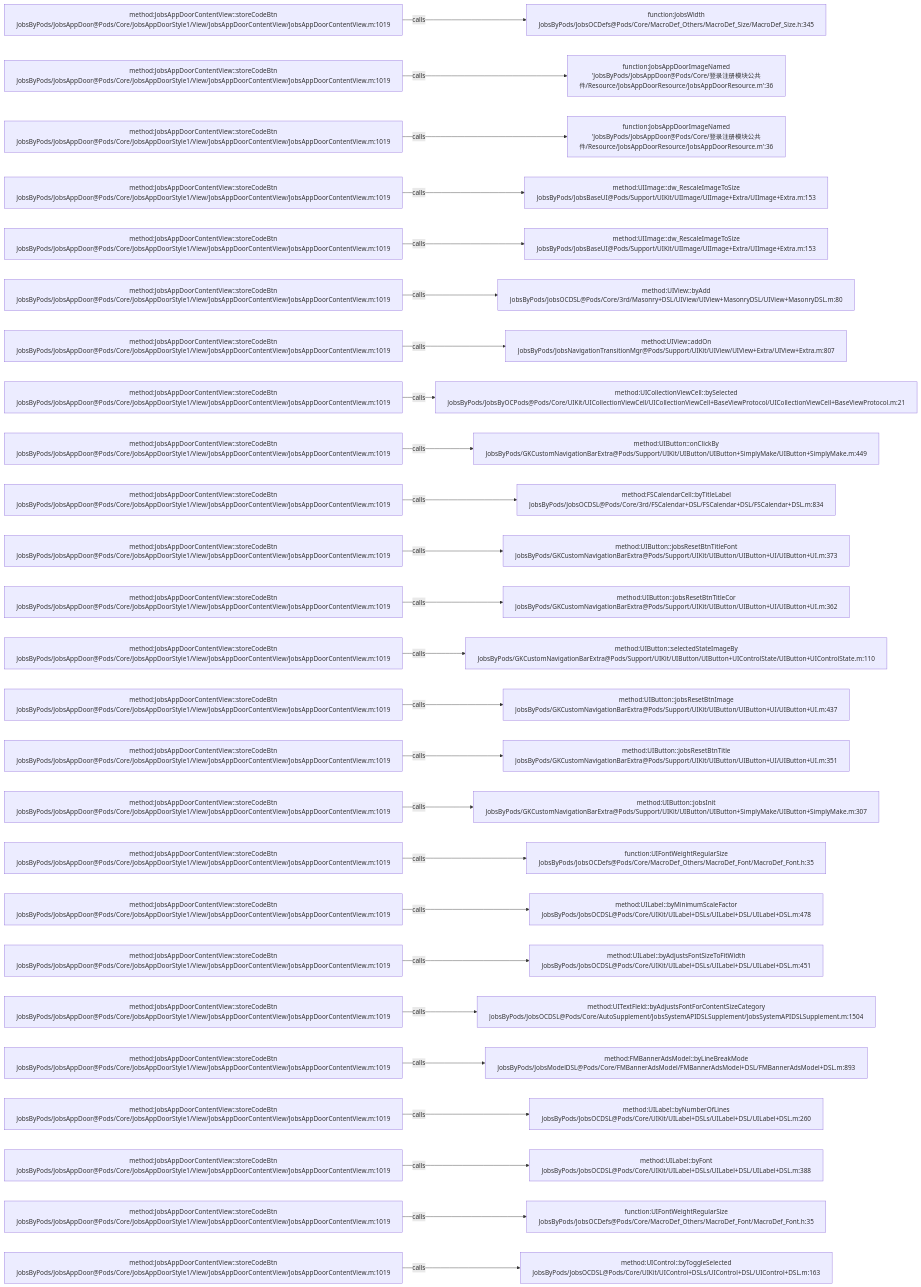
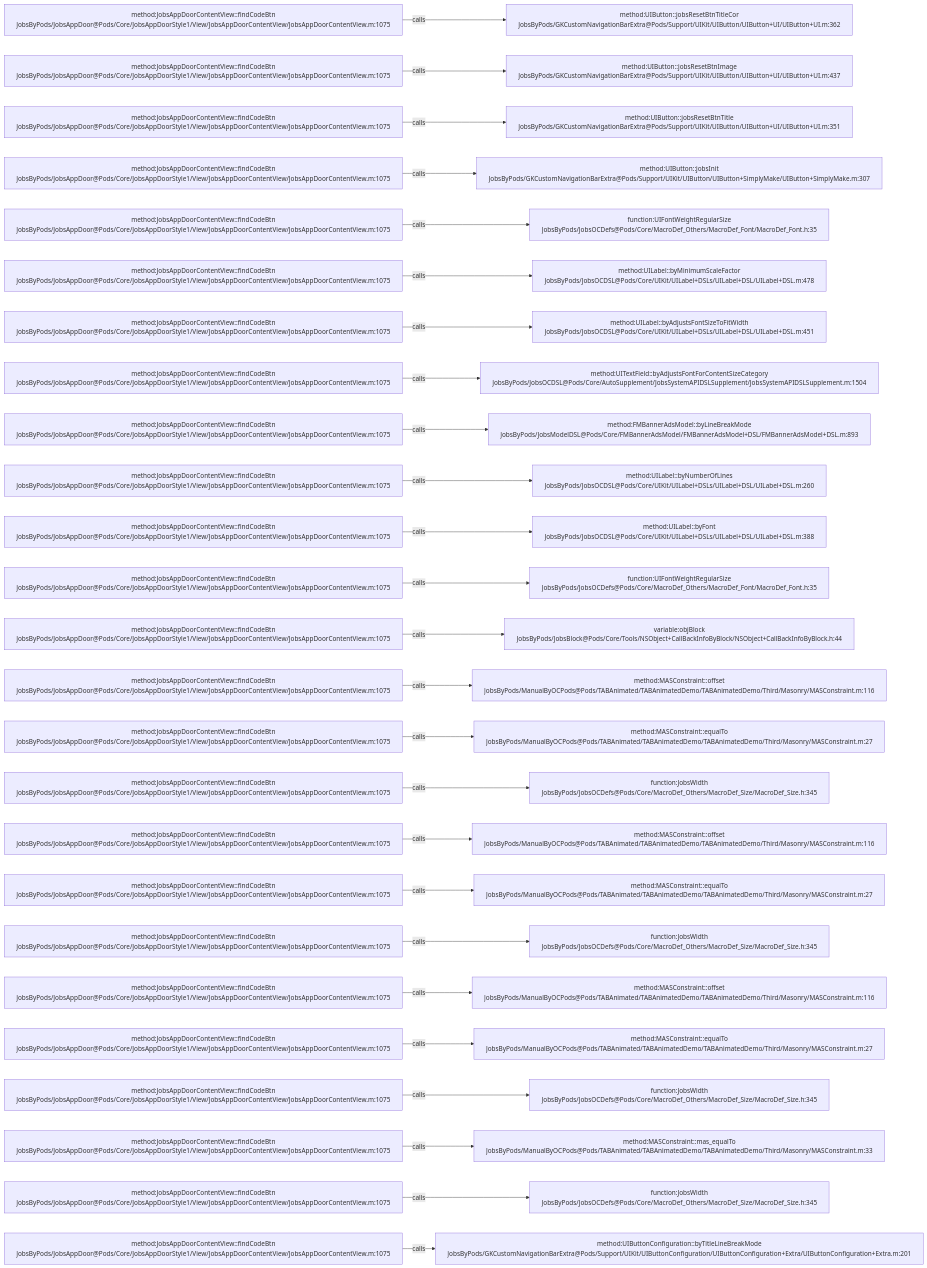
One commit to JobsKits/JobsOCBaseConfigDemo changed the diagram in .codegraph/codegraph.md/graphs/calls-101.md. Above: the diagram before and after it, drawn with Mermaid. The commit also changed 223 other files, not shown here.

````diff
--- a/.codegraph/codegraph.md/graphs/calls-101.md
+++ b/.codegraph/codegraph.md/graphs/calls-101.md
@@ -13,78 +13,78 @@
 ```mermaid
 flowchart LR
-  S1["method:JobsAppDoorContentView::storeCodeBtn<br/>JobsByPods/JobsAppDoor@Pods/Core/JobsAppDoorStyle1/View/JobsAppDoorContentView/JobsAppDoorContentView.m:1019"]
-  T1["function:JobsWidth<br/>JobsByPods/JobsOCDefs@Pods/Core/MacroDef_Others/MacroDef_Size/MacroDef_Size.h:345"]
+  S1["method:JobsAppDoorContentView::findCodeBtn<br/>JobsByPods/JobsAppDoor@Pods/Core/JobsAppDoorStyle1/View/JobsAppDoorContentView/JobsAppDoorContentView.m:1075"]
+  T1["method:UIButton::jobsResetBtnTitleCor<br/>JobsByPods/GKCustomNavigationBarExtra@Pods/Support/UIKit/UIButton/UIButton+UI/UIButton+UI.m:362"]
   S1 -->|calls| T1
-  S2["method:JobsAppDoorContentView::storeCodeBtn<br/>JobsByPods/JobsAppDoor@Pods/Core/JobsAppDoorStyle1/View/JobsAppDoorContentView/JobsAppDoorContentView.m:1019"]
-  T2["function:JobsAppDoorImageNamed<br/>'JobsByPods/JobsAppDoor@Pods/Core/登录注册模块公共件/Resource/JobsAppDoorResource/JobsAppDoorResource.m':36"]
+  S2["method:JobsAppDoorContentView::findCodeBtn<br/>JobsByPods/JobsAppDoor@Pods/Core/JobsAppDoorStyle1/View/JobsAppDoorContentView/JobsAppDoorContentView.m:1075"]
+  T2["method:UIButton::jobsResetBtnImage<br/>JobsByPods/GKCustomNavigationBarExtra@Pods/Support/UIKit/UIButton/UIButton+UI/UIButton+UI.m:437"]
   S2 -->|calls| T2
-  S3["method:JobsAppDoorContentView::storeCodeBtn<br/>JobsByPods/JobsAppDoor@Pods/Core/JobsAppDoorStyle1/View/JobsAppDoorContentView/JobsAppDoorContentView.m:1019"]
-  T3["function:JobsAppDoorImageNamed<br/>'JobsByPods/JobsAppDoor@Pods/Core/登录注册模块公共件/Resource/JobsAppDoorResource/JobsAppDoorResource.m':36"]
+  S3["method:JobsAppDoorContentView::findCodeBtn<br/>JobsByPods/JobsAppDoor@Pods/Core/JobsAppDoorStyle1/View/JobsAppDoorContentView/JobsAppDoorContentView.m:1075"]
+  T3["method:UIButton::jobsResetBtnTitle<br/>JobsByPods/GKCustomNavigationBarExtra@Pods/Support/UIKit/UIButton/UIButton+UI/UIButton+UI.m:351"]
   S3 -->|calls| T3
-  S4["method:JobsAppDoorContentView::storeCodeBtn<br/>JobsByPods/JobsAppDoor@Pods/Core/JobsAppDoorStyle1/View/JobsAppDoorContentView/JobsAppDoorContentView.m:1019"]
-  T4["method:UIImage::dw_RescaleImageToSize<br/>JobsByPods/JobsBaseUI@Pods/Support/UIKit/UIImage/UIImage+Extra/UIImage+Extra.m:153"]
+  S4["method:JobsAppDoorContentView::findCodeBtn<br/>JobsByPods/JobsAppDoor@Pods/Core/JobsAppDoorStyle1/View/JobsAppDoorContentView/JobsAppDoorContentView.m:1075"]
+  T4["method:UIButton::jobsInit<br/>JobsByPods/GKCustomNavigationBarExtra@Pods/Support/UIKit/UIButton/UIButton+SimplyMake/UIButton+SimplyMake.m:307"]
   S4 -->|calls| T4
-  S5["method:JobsAppDoorContentView::storeCodeBtn<br/>JobsByPods/JobsAppDoor@Pods/Core/JobsAppDoorStyle1/View/JobsAppDoorContentView/JobsAppDoorContentView.m:1019"]
-  T5["method:UIImage::dw_RescaleImageToSize<br/>JobsByPods/JobsBaseUI@Pods/Support/UIKit/UIImage/UIImage+Extra/UIImage+Extra.m:153"]
+  S5["method:JobsAppDoorContentView::findCodeBtn<br/>JobsByPods/JobsAppDoor@Pods/Core/JobsAppDoorStyle1/View/JobsAppDoorContentView/JobsAppDoorContentView.m:1075"]
+  T5["function:UIFontWeightRegularSize<br/>JobsByPods/JobsOCDefs@Pods/Core/MacroDef_Others/MacroDef_Font/MacroDef_Font.h:35"]
   S5 -->|calls| T5
-  S6["method:JobsAppDoorContentView::storeCodeBtn<br/>JobsByPods/JobsAppDoor@Pods/Core/JobsAppDoorStyle1/View/JobsAppDoorContentView/JobsAppDoorContentView.m:1019"]
-  T6["method:UIView::byAdd<br/>JobsByPods/JobsOCDSL@Pods/Core/3rd/Masonry+DSL/UIView/UIView+MasonryDSL/UIView+MasonryDSL.m:80"]
+  S6["method:JobsAppDoorContentView::findCodeBtn<br/>JobsByPods/JobsAppDoor@Pods/Core/JobsAppDoorStyle1/View/JobsAppDoorContentView/JobsAppDoorContentView.m:1075"]
+  T6["method:UILabel::byMinimumScaleFactor<br/>JobsByPods/JobsOCDSL@Pods/Core/UIKit/UILabel+DSLs/UILabel+DSL/UILabel+DSL.m:478"]
   S6 -->|calls| T6
-  S7["method:JobsAppDoorContentView::storeCodeBtn<br/>JobsByPods/JobsAppDoor@Pods/Core/JobsAppDoorStyle1/View/JobsAppDoorContentView/JobsAppDoorContentView.m:1019"]
-  T7["method:UIView::addOn<br/>JobsByPods/JobsNavigationTransitionMgr@Pods/Support/UIKit/UIView/UIView+Extra/UIView+Extra.m:807"]
+  S7["method:JobsAppDoorContentView::findCodeBtn<br/>JobsByPods/JobsAppDoor@Pods/Core/JobsAppDoorStyle1/View/JobsAppDoorContentView/JobsAppDoorContentView.m:1075"]
+  T7["method:UILabel::byAdjustsFontSizeToFitWidth<br/>JobsByPods/JobsOCDSL@Pods/Core/UIKit/UILabel+DSLs/UILabel+DSL/UILabel+DSL.m:451"]
   S7 -->|calls| T7
-  S8["method:JobsAppDoorContentView::storeCodeBtn<br/>JobsByPods/JobsAppDoor@Pods/Core/JobsAppDoorStyle1/View/JobsAppDoorContentView/JobsAppDoorContentView.m:1019"]
-  T8["method:UICollectionViewCell::bySelected<br/>JobsByPods/JobsByOCPods@Pods/Core/UIKit/UICollectionViewCell/UICollectionViewCell+BaseViewProtocol/UICollectionViewCell+BaseViewProtocol.m:21"]
+  S8["method:JobsAppDoorContentView::findCodeBtn<br/>JobsByPods/JobsAppDoor@Pods/Core/JobsAppDoorStyle1/View/JobsAppDoorContentView/JobsAppDoorContentView.m:1075"]
+  T8["method:UITextField::byAdjustsFontForContentSizeCategory<br/>JobsByPods/JobsOCDSL@Pods/Core/AutoSupplement/JobsSystemAPIDSLSupplement/JobsSystemAPIDSLSupplement.m:1504"]
   S8 -->|calls| T8
-  S9["method:JobsAppDoorContentView::storeCodeBtn<br/>JobsByPods/JobsAppDoor@Pods/Core/JobsAppDoorStyle1/View/JobsAppDoorContentView/JobsAppDoorContentView.m:1019"]
-  T9["method:UIButton::onClickBy<br/>JobsByPods/GKCustomNavigationBarExtra@Pods/Support/UIKit/UIButton/UIButton+SimplyMake/UIButton+SimplyMake.m:449"]
+  S9["method:JobsAppDoorContentView::findCodeBtn<br/>JobsByPods/JobsAppDoor@Pods/Core/JobsAppDoorStyle1/View/JobsAppDoorContentView/JobsAppDoorContentView.m:1075"]
+  T9["method:FMBannerAdsModel::byLineBreakMode<br/>JobsByPods/JobsModelDSL@Pods/Core/FMBannerAdsModel/FMBannerAdsModel+DSL/FMBannerAdsModel+DSL.m:893"]
   S9 -->|calls| T9
-  S10["method:JobsAppDoorContentView::storeCodeBtn<br/>JobsByPods/JobsAppDoor@Pods/Core/JobsAppDoorStyle1/View/JobsAppDoorContentView/JobsAppDoorContentView.m:1019"]
-  T10["method:FSCalendarCell::byTitleLabel<br/>JobsByPods/JobsOCDSL@Pods/Core/3rd/FSCalendar+DSL/FSCalendar+DSL/FSCalendar+DSL.m:834"]
+  S10["method:JobsAppDoorContentView::findCodeBtn<br/>JobsByPods/JobsAppDoor@Pods/Core/JobsAppDoorStyle1/View/JobsAppDoorContentView/JobsAppDoorContentView.m:1075"]
+  T10["method:UILabel::byNumberOfLines<br/>JobsByPods/JobsOCDSL@Pods/Core/UIKit/UILabel+DSLs/UILabel+DSL/UILabel+DSL.m:260"]
   S10 -->|calls| T10
-  S11["method:JobsAppDoorContentView::storeCodeBtn<br/>JobsByPods/JobsAppDoor@Pods/Core/JobsAppDoorStyle1/View/JobsAppDoorContentView/JobsAppDoorContentView.m:1019"]
-  T11["method:UIButton::jobsResetBtnTitleFont<br/>JobsByPods/GKCustomNavigationBarExtra@Pods/Support/UIKit/UIButton/UIButton+UI/UIButton+UI.m:373"]
+  S11["method:JobsAppDoorContentView::findCodeBtn<br/>JobsByPods/JobsAppDoor@Pods/Core/JobsAppDoorStyle1/View/JobsAppDoorContentView/JobsAppDoorContentView.m:1075"]
+  T11["method:UILabel::byFont<br/>JobsByPods/JobsOCDSL@Pods/Core/UIKit/UILabel+DSLs/UILabel+DSL/UILabel+DSL.m:388"]
   S11 -->|calls| T11
-  S12["method:JobsAppDoorContentView::storeCodeBtn<br/>JobsByPods/JobsAppDoor@Pods/Core/JobsAppDoorStyle1/View/JobsAppDoorContentView/JobsAppDoorContentView.m:1019"]
-  T12["method:UIButton::jobsResetBtnTitleCor<br/>JobsByPods/GKCustomNavigationBarExtra@Pods/Support/UIKit/UIButton/UIButton+UI/UIButton+UI.m:362"]
+  S12["method:JobsAppDoorContentView::findCodeBtn<br/>JobsByPods/JobsAppDoor@Pods/Core/JobsAppDoorStyle1/View/JobsAppDoorContentView/JobsAppDoorContentView.m:1075"]
+  T12["function:UIFontWeightRegularSize<br/>JobsByPods/JobsOCDefs@Pods/Core/MacroDef_Others/MacroDef_Font/MacroDef_Font.h:35"]
   S12 -->|calls| T12
-  S13["method:JobsAppDoorContentView::storeCodeBtn<br/>JobsByPods/JobsAppDoor@Pods/Core/JobsAppDoorStyle1/View/JobsAppDoorContentView/JobsAppDoorContentView.m:1019"]
-  T13["method:UIButton::selectedStateImageBy<br/>JobsByPods/GKCustomNavigationBarExtra@Pods/Support/UIKit/UIButton/UIButton+UIControlState/UIButton+UIControlState.m:110"]
+  S13["method:JobsAppDoorContentView::findCodeBtn<br/>JobsByPods/JobsAppDoor@Pods/Core/JobsAppDoorStyle1/View/JobsAppDoorContentView/JobsAppDoorContentView.m:1075"]
+  T13["variable:objBlock<br/>JobsByPods/JobsBlock@Pods/Core/Tools/NSObject+CallBackInfoByBlock/NSObject+CallBackInfoByBlock.h:44"]
   S13 -->|calls| T13
-  S14["method:JobsAppDoorContentView::storeCodeBtn<br/>JobsByPods/JobsAppDoor@Pods/Core/JobsAppDoorStyle1/View/JobsAppDoorContentView/JobsAppDoorContentView.m:1019"]
-  T14["method:UIButton::jobsResetBtnImage<br/>JobsByPods/GKCustomNavigationBarExtra@Pods/Support/UIKit/UIButton/UIButton+UI/UIButton+UI.m:437"]
+  S14["method:JobsAppDoorContentView::findCodeBtn<br/>JobsByPods/JobsAppDoor@Pods/Core/JobsAppDoorStyle1/View/JobsAppDoorContentView/JobsAppDoorContentView.m:1075"]
+  T14["method:MASConstraint::offset<br/>JobsByPods/ManualByOCPods@Pods/TABAnimated/TABAnimatedDemo/TABAnimatedDemo/Third/Masonry/MASConstraint.m:116"]
   S14 -->|calls| T14
-  S15["method:JobsAppDoorContentView::storeCodeBtn<br/>JobsByPods/JobsAppDoor@Pods/Core/JobsAppDoorStyle1/View/JobsAppDoorContentView/JobsAppDoorContentView.m:1019"]
-  T15["method:UIButton::jobsResetBtnTitle<br/>JobsByPods/GKCustomNavigationBarExtra@Pods/Support/UIKit/UIButton/UIButton+UI/UIButton+UI.m:351"]
+  S15["method:JobsAppDoorContentView::findCodeBtn<br/>JobsByPods/JobsAppDoor@Pods/Core/JobsAppDoorStyle1/View/JobsAppDoorContentView/JobsAppDoorContentView.m:1075"]
+  T15["method:MASConstraint::equalTo<br/>JobsByPods/ManualByOCPods@Pods/TABAnimated/TABAnimatedDemo/TABAnimatedDemo/Third/Masonry/MASConstraint.m:27"]
   S15 -->|calls| T15
-  S16["method:JobsAppDoorContentView::storeCodeBtn<br/>JobsByPods/JobsAppDoor@Pods/Core/JobsAppDoorStyle1/View/JobsAppDoorContentView/JobsAppDoorContentView.m:1019"]
-  T16["method:UIButton::jobsInit<br/>JobsByPods/GKCustomNavigationBarExtra@Pods/Support/UIKit/UIButton/UIButton+SimplyMake/UIButton+SimplyMake.m:307"]
+  S16["method:JobsAppDoorContentView::findCodeBtn<br/>JobsByPods/JobsAppDoor@Pods/Core/JobsAppDoorStyle1/View/JobsAppDoorContentView/JobsAppDoorContentView.m:1075"]
+  T16["function:JobsWidth<br/>JobsByPods/JobsOCDefs@Pods/Core/MacroDef_Others/MacroDef_Size/MacroDef_Size.h:345"]
   S16 -->|calls| T16
-  S17["method:JobsAppDoorContentView::storeCodeBtn<br/>JobsByPods/JobsAppDoor@Pods/Core/JobsAppDoorStyle1/View/JobsAppDoorContentView/JobsAppDoorContentView.m:1019"]
-  T17["function:UIFontWeightRegularSize<br/>JobsByPods/JobsOCDefs@Pods/Core/MacroDef_Others/MacroDef_Font/MacroDef_Font.h:35"]
+  S17["method:JobsAppDoorContentView::findCodeBtn<br/>JobsByPods/JobsAppDoor@Pods/Core/JobsAppDoorStyle1/View/JobsAppDoorContentView/JobsAppDoorContentView.m:1075"]
+  T17["method:MASConstraint::offset<br/>JobsByPods/ManualByOCPods@Pods/TABAnimated/TABAnimatedDemo/TABAnimatedDemo/Third/Masonry/MASConstraint.m:116"]
   S17 -->|calls| T17
-  S18["method:JobsAppDoorContentView::storeCodeBtn<br/>JobsByPods/JobsAppDoor@Pods/Core/JobsAppDoorStyle1/View/JobsAppDoorContentView/JobsAppDoorContentView.m:1019"]
-  T18["method:UILabel::byMinimumScaleFactor<br/>JobsByPods/JobsOCDSL@Pods/Core/UIKit/UILabel+DSLs/UILabel+DSL/UILabel+DSL.m:478"]
+  S18["method:JobsAppDoorContentView::findCodeBtn<br/>JobsByPods/JobsAppDoor@Pods/Core/JobsAppDoorStyle1/View/JobsAppDoorContentView/JobsAppDoorContentView.m:1075"]
+  T18["method:MASConstraint::equalTo<br/>JobsByPods/ManualByOCPods@Pods/TABAnimated/TABAnimatedDemo/TABAnimatedDemo/Third/Masonry/MASConstraint.m:27"]
   S18 -->|calls| T18
-  S19["method:JobsAppDoorContentView::storeCodeBtn<br/>JobsByPods/JobsAppDoor@Pods/Core/JobsAppDoorStyle1/View/JobsAppDoorContentView/JobsAppDoorContentView.m:1019"]
-  T19["method:UILabel::byAdjustsFontSizeToFitWidth<br/>JobsByPods/JobsOCDSL@Pods/Core/UIKit/UILabel+DSLs/UILabel+DSL/UILabel+DSL.m:451"]
+  S19["method:JobsAppDoorContentView::findCodeBtn<br/>JobsByPods/JobsAppDoor@Pods/Core/JobsAppDoorStyle1/View/JobsAppDoorContentView/JobsAppDoorContentView.m:1075"]
+  T19["function:JobsWidth<br/>JobsByPods/JobsOCDefs@Pods/Core/MacroDef_Others/MacroDef_Size/MacroDef_Size.h:345"]
   S19 -->|calls| T19
-  S20["method:JobsAppDoorContentView::storeCodeBtn<br/>JobsByPods/JobsAppDoor@Pods/Core/JobsAppDoorStyle1/View/JobsAppDoorContentView/JobsAppDoorContentView.m:1019"]
-  T20["method:UITextField::byAdjustsFontForContentSizeCategory<br/>JobsByPods/JobsOCDSL@Pods/Core/AutoSupplement/JobsSystemAPIDSLSupplement/JobsSystemAPIDSLSupplement.m:1504"]
+  S20["method:JobsAppDoorContentView::findCodeBtn<br/>JobsByPods/JobsAppDoor@Pods/Core/JobsAppDoorStyle1/View/JobsAppDoorContentView/JobsAppDoorContentView.m:1075"]
+  T20["method:MASConstraint::offset<br/>JobsByPods/ManualByOCPods@Pods/TABAnimated/TABAnimatedDemo/TABAnimatedDemo/Third/Masonry/MASConstraint.m:116"]
   S20 -->|calls| T20
-  S21["method:JobsAppDoorContentView::storeCodeBtn<br/>JobsByPods/JobsAppDoor@Pods/Core/JobsAppDoorStyle1/View/JobsAppDoorContentView/JobsAppDoorContentView.m:1019"]
-  T21["method:FMBannerAdsModel::byLineBreakMode<br/>JobsByPods/JobsModelDSL@Pods/Core/FMBannerAdsModel/FMBannerAdsModel+DSL/FMBannerAdsModel+DSL.m:893"]
+  S21["method:JobsAppDoorContentView::findCodeBtn<br/>JobsByPods/JobsAppDoor@Pods/Core/JobsAppDoorStyle1/View/JobsAppDoorContentView/JobsAppDoorContentView.m:1075"]
+  T21["method:MASConstraint::equalTo<br/>JobsByPods/ManualByOCPods@Pods/TABAnimated/TABAnimatedDemo/TABAnimatedDemo/Third/Masonry/MASConstraint.m:27"]
   S21 -->|calls| T21
-  S22["method:JobsAppDoorContentView::storeCodeBtn<br/>JobsByPods/JobsAppDoor@Pods/Core/JobsAppDoorStyle1/View/JobsAppDoorContentView/JobsAppDoorContentView.m:1019"]
-  T22["method:UILabel::byNumberOfLines<br/>JobsByPods/JobsOCDSL@Pods/Core/UIKit/UILabel+DSLs/UILabel+DSL/UILabel+DSL.m:260"]
+  S22["method:JobsAppDoorContentView::findCodeBtn<br/>JobsByPods/JobsAppDoor@Pods/Core/JobsAppDoorStyle1/View/JobsAppDoorContentView/JobsAppDoorContentView.m:1075"]
+  T22["function:JobsWidth<br/>JobsByPods/JobsOCDefs@Pods/Core/MacroDef_Others/MacroDef_Size/MacroDef_Size.h:345"]
   S22 -->|calls| T22
-  S23["method:JobsAppDoorContentView::storeCodeBtn<br/>JobsByPods/JobsAppDoor@Pods/Core/JobsAppDoorStyle1/View/JobsAppDoorContentView/JobsAppDoorContentView.m:1019"]
-  T23["method:UILabel::byFont<br/>JobsByPods/JobsOCDSL@Pods/Core/UIKit/UILabel+DSLs/UILabel+DSL/UILabel+DSL.m:388"]
+  S23["method:JobsAppDoorContentView::findCodeBtn<br/>JobsByPods/JobsAppDoor@Pods/Core/JobsAppDoorStyle1/View/JobsAppDoorContentView/JobsAppDoorContentView.m:1075"]
+  T23["method:MASConstraint::mas_equalTo<br/>JobsByPods/ManualByOCPods@Pods/TABAnimated/TABAnimatedDemo/TABAnimatedDemo/Third/Masonry/MASConstraint.m:33"]
   S23 -->|calls| T23
-  S24["method:JobsAppDoorContentView::storeCodeBtn<br/>JobsByPods/JobsAppDoor@Pods/Core/JobsAppDoorStyle1/View/JobsAppDoorContentView/JobsAppDoorContentView.m:1019"]
-  T24["function:UIFontWeightRegularSize<br/>JobsByPods/JobsOCDefs@Pods/Core/MacroDef_Others/MacroDef_Font/MacroDef_Font.h:35"]
+  S24["method:JobsAppDoorContentView::findCodeBtn<br/>JobsByPods/JobsAppDoor@Pods/Core/JobsAppDoorStyle1/View/JobsAppDoorContentView/JobsAppDoorContentView.m:1075"]
+  T24["function:JobsWidth<br/>JobsByPods/JobsOCDefs@Pods/Core/MacroDef_Others/MacroDef_Size/MacroDef_Size.h:345"]
   S24 -->|calls| T24
-  S25["method:JobsAppDoorContentView::storeCodeBtn<br/>JobsByPods/JobsAppDoor@Pods/Core/JobsAppDoorStyle1/View/JobsAppDoorContentView/JobsAppDoorContentView.m:1019"]
-  T25["method:UIControl::byToggleSelected<br/>JobsByPods/JobsOCDSL@Pods/Core/UIKit/UIControl+DSLs/UIControl+DSL/UIControl+DSL.m:163"]
+  S25["method:JobsAppDoorContentView::findCodeBtn<br/>JobsByPods/JobsAppDoor@Pods/Core/JobsAppDoorStyle1/View/JobsAppDoorContentView/JobsAppDoorContentView.m:1075"]
+  T25["method:UIButtonConfiguration::byTitleLineBreakMode<br/>JobsByPods/GKCustomNavigationBarExtra@Pods/Support/UIKit/UIButtonConfiguration/UIButtonConfiguration+Extra/UIButtonConfiguration+Extra.m:201"]
   S25 -->|calls| T25
 ```
````
